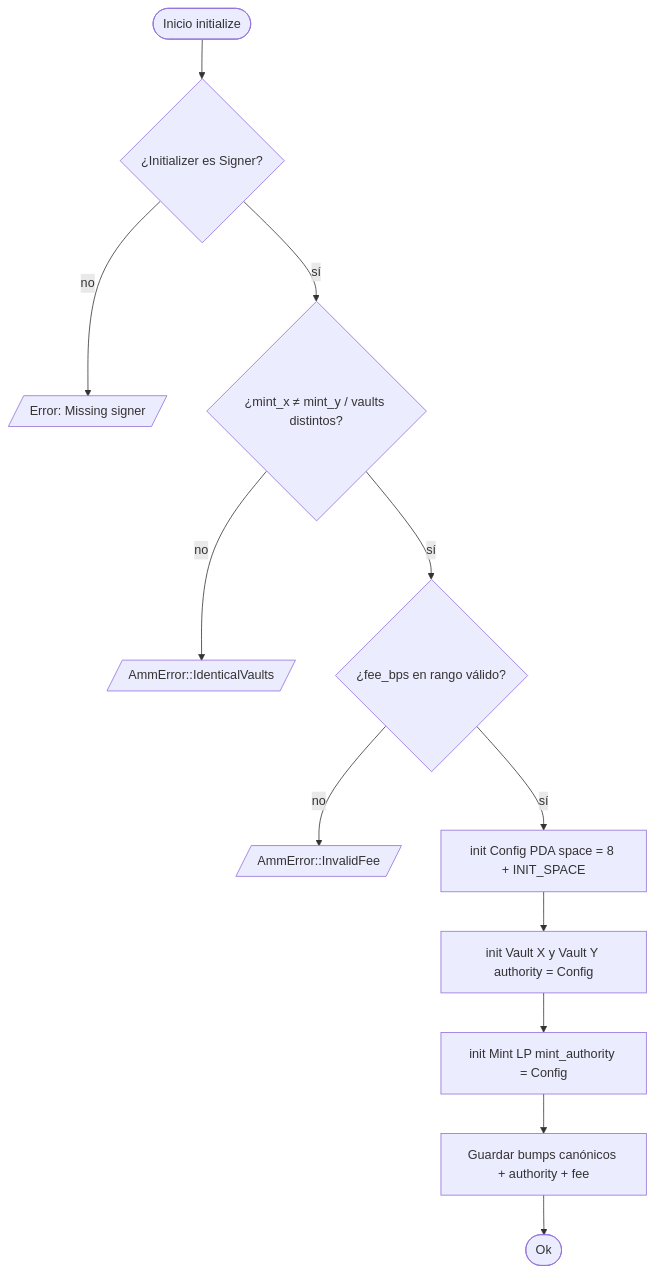
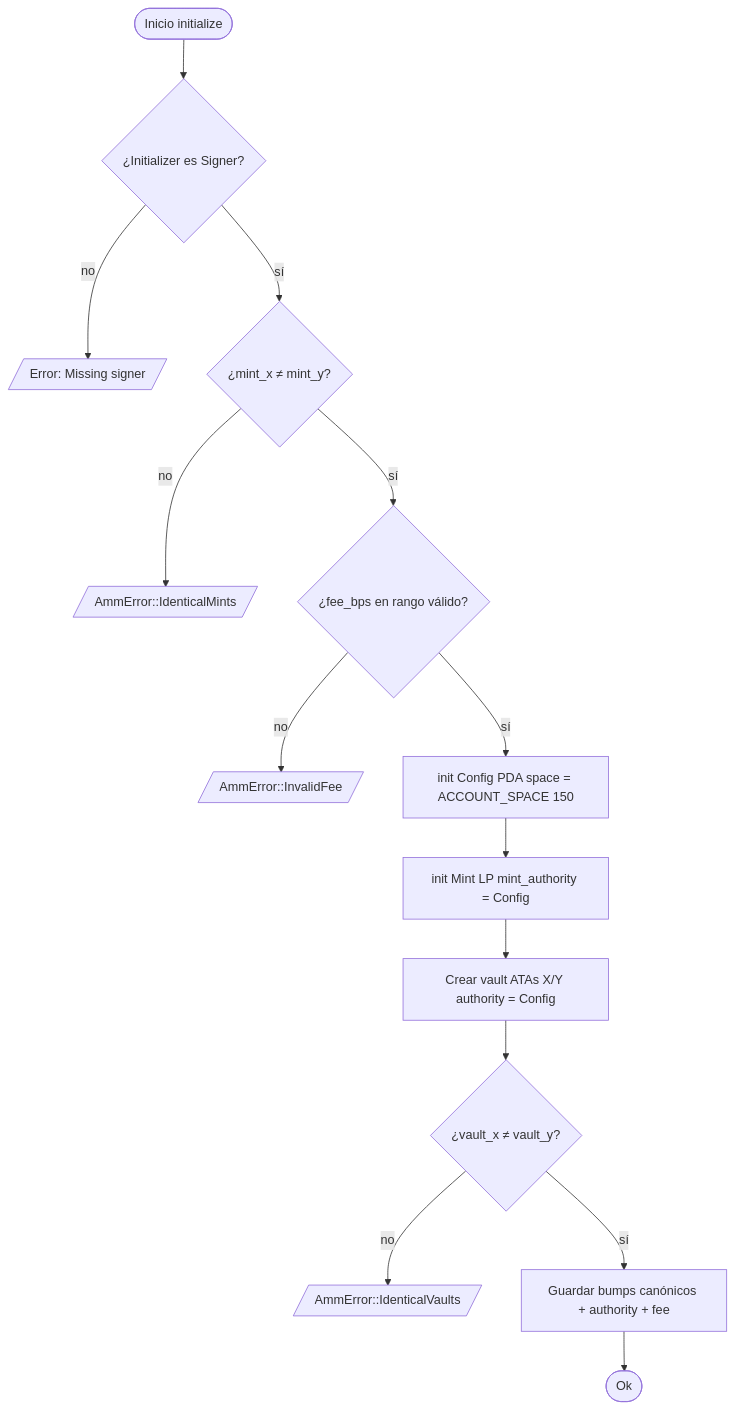
One commit to rastrahm/solana-amm-anchor changed the first of 5 diagrams in doc/flujograma.md. Above: the diagram before and after it, drawn with Mermaid. The commit also changed other lines of this file and 12 other files, not shown here.

````diff
--- a/doc/flujograma.md
+++ b/doc/flujograma.md
@@ -9,14 +9,16 @@
 ```mermaid
 flowchart TD
     A([Inicio initialize]) --> B{¿Initializer es Signer?}
     B -->|no| E1[/Error: Missing signer/]
-    B -->|sí| C{¿mint_x ≠ mint_y / vaults distintos?}
-    C -->|no| E2[/AmmError::IdenticalVaults/]
+    B -->|sí| C{¿mint_x ≠ mint_y?}
+    C -->|no| E2[/AmmError::IdenticalMints/]
     C -->|sí| D{¿fee_bps en rango válido?}
     D -->|no| E3[/AmmError::InvalidFee/]
-    D -->|sí| F[init Config PDA space = 8 + INIT_SPACE]
-    F --> G[init Vault X y Vault Y authority = Config]
-    G --> H[init Mint LP mint_authority = Config]
-    H --> I[Guardar bumps canónicos + authority + fee]
-    I --> J([Ok])
+    D -->|sí| F[init Config PDA space = ACCOUNT_SPACE 150]
+    F --> G[init Mint LP mint_authority = Config]
+    G --> H[Crear vault ATAs X/Y authority = Config]
+    H --> I{¿vault_x ≠ vault_y?}
+    I -->|no| E4[/AmmError::IdenticalVaults/]
+    I -->|sí| J[Guardar bumps canónicos + authority + fee]
+    J --> K([Ok])
 ```
````
